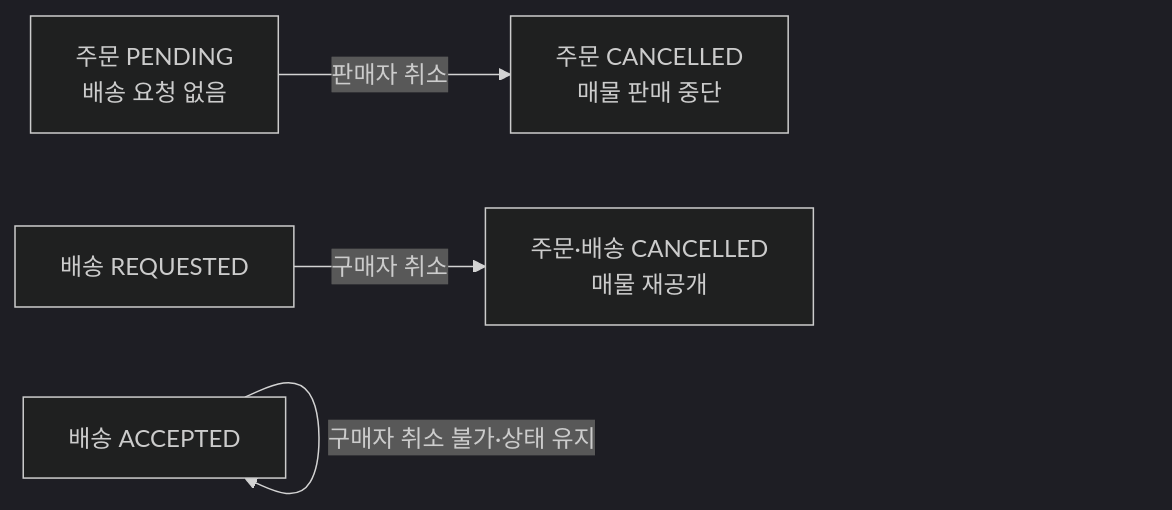
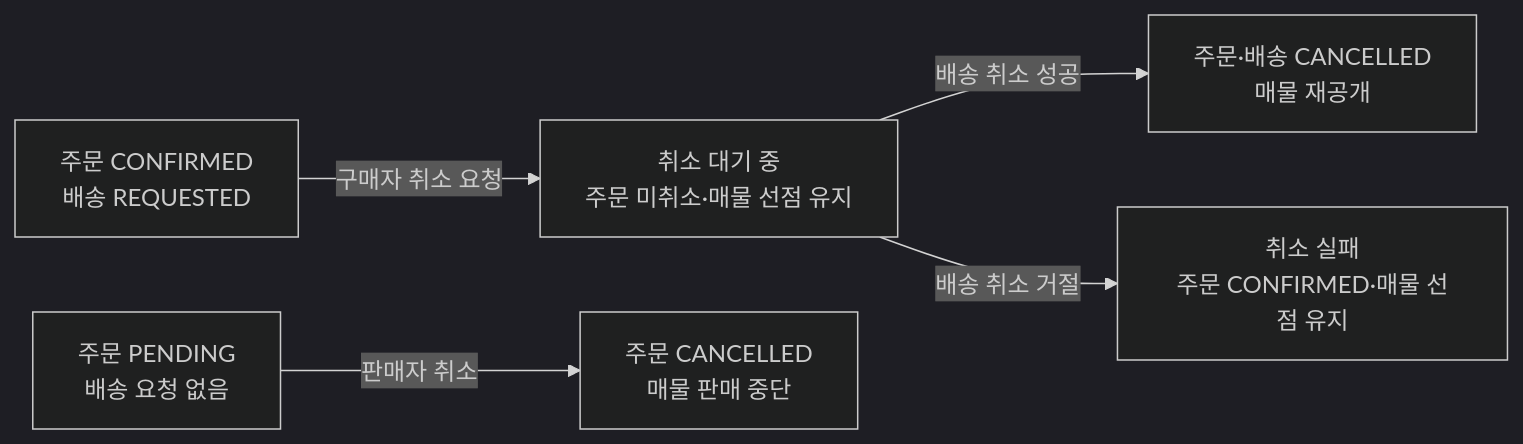
One commit to woowacourse-teams/2026-setty changed the second of 2 diagrams in docs/policy/order.md. Above: the diagram before and after it, drawn with Mermaid (dark theme). The commit also changed other lines of this file and 4 other files, not shown here.

````diff
--- a/docs/policy/order.md
+++ b/docs/policy/order.md
@@ -44,11 +48,13 @@
 ```mermaid
 flowchart LR
     P["주문 PENDING<br/>배송 요청 없음"]
-    R["배송 REQUESTED"]
-    A["배송 ACCEPTED"]
+    R["주문 CONFIRMED<br/>배송 REQUESTED"]
+    W["취소 대기 중<br/>주문 미취소·매물 선점 유지"]
     SC["주문 CANCELLED<br/>매물 판매 중단"]
     BC["주문·배송 CANCELLED<br/>매물 재공개"]
+    BF["취소 실패<br/>주문 CONFIRMED·매물 선점 유지"]
     P -->|"판매자 취소"| SC
-    R -->|"구매자 취소"| BC
-    A -->|"구매자 취소 불가·상태 유지"| A
+    R -->|"구매자 취소 요청"| W
+    W -->|"배송 취소 성공"| BC
+    W -->|"배송 취소 거절"| BF
 ```
````
